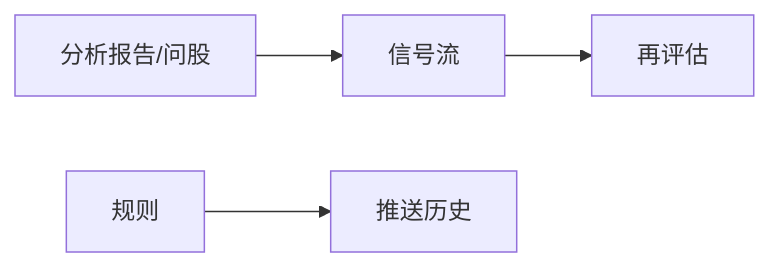
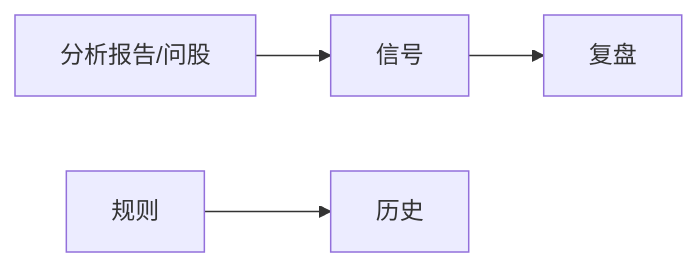
One commit to SiinXu/stock-pulse-ai changed the diagram in docs/ui-manual/06-signals.md. Above: the diagram before and after it, drawn with Mermaid. The commit also changed other lines of this file and 195 other files, not shown here.

````diff
--- a/docs/ui-manual/06-signals.md
+++ b/docs/ui-manual/06-signals.md
@@ -45,6 +46,6 @@
 ```mermaid
 flowchart LR
-  报告[分析报告/问股] --> 信号流
-  规则 --> 推送历史
-  信号流 --> 再评估
+  报告[分析报告/问股] --> 信号
+  规则 --> 历史
+  信号 --> 复盘
 ```
````
